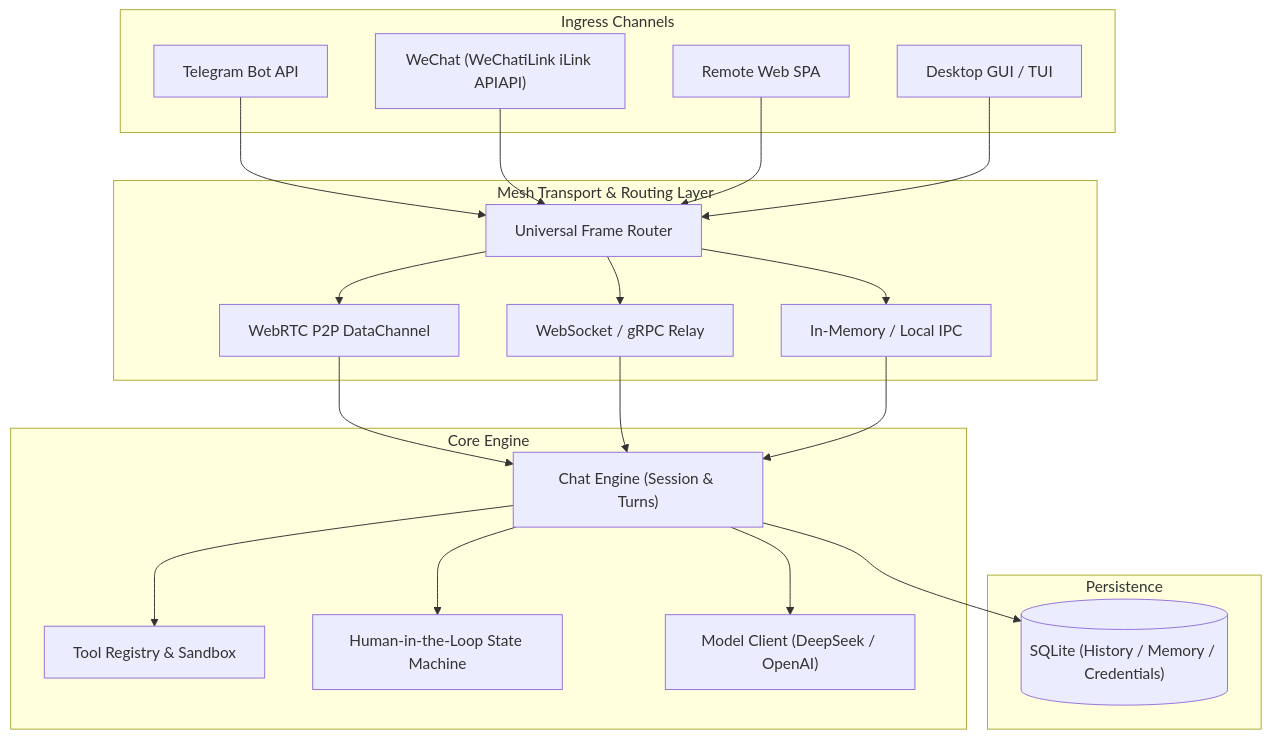
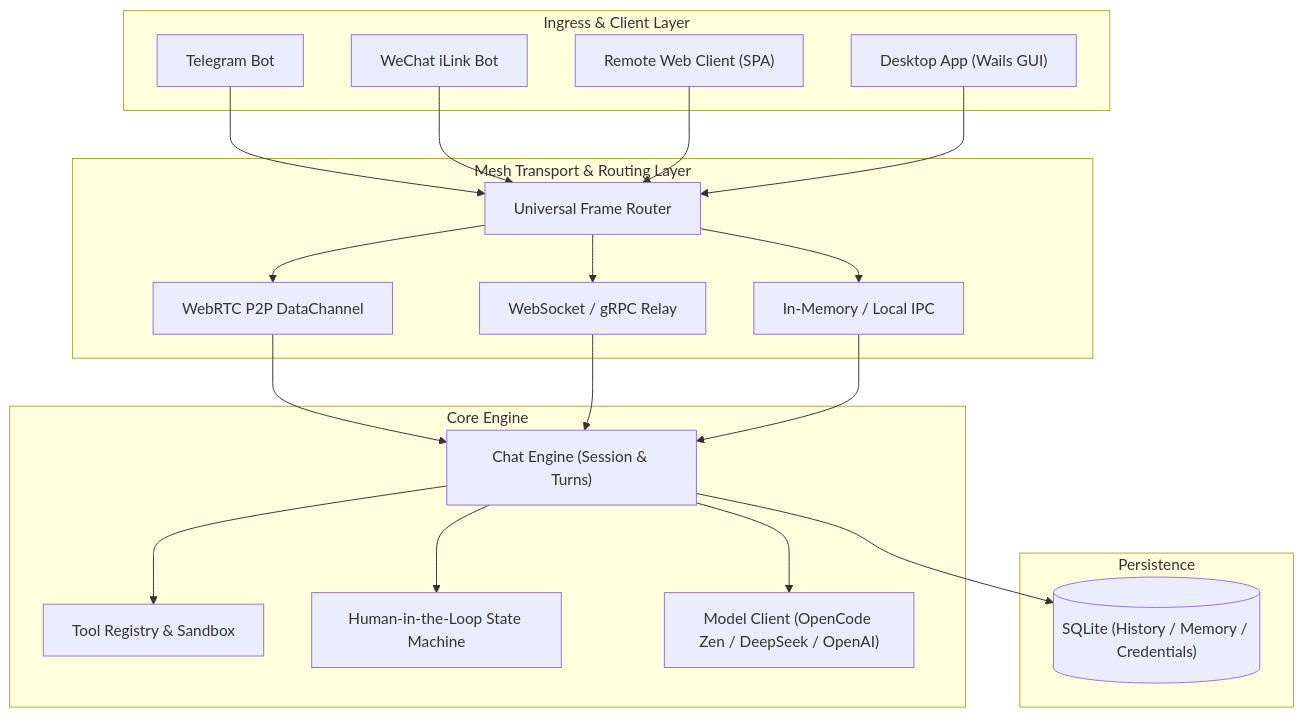
One commit to fdkevin0/mob changed the first of 3 diagrams in docs/product-specification.md. Above: the diagram before and after it, drawn with Mermaid. The commit also changed other lines of this file and 10 other files, not shown here.

Commit message:
feat(chat): add OpenCode Zen defaults with safe credential handling

````diff
--- a/docs/product-specification.md
+++ b/docs/product-specification.md
@@ -58,45 +24,45 @@
 ```mermaid
-flowchart TD
-    subgraph Channels["Ingress Channels"]
-        TG["Telegram Bot API"]
-        WX["WeChat (WeChatiLink iLink APIAPI)"]
-        WebSPA["Remote Web SPA"]
-        DesktopUI["Desktop GUI / TUI"]
+graph TD
+    subgraph Ingress["Ingress & Client Layer"]
+        TG["Telegram Bot"]
+        WX["WeChat iLink Bot"]
+        WebSPA["Remote Web Client (SPA)"]
+        DesktopUI["Desktop App (Wails GUI)"]
     end
 
     subgraph Mesh["Mesh Transport & Routing Layer"]
         Router["Universal Frame Router"]
         P2P["WebRTC P2P DataChannel"]
         Relay["WebSocket / gRPC Relay"]
         IPC["In-Memory / Local IPC"]
     end
 
     subgraph Core["Core Engine"]
         ChatEngine["Chat Engine (Session & Turns)"]
         ToolRegistry["Tool Registry & Sandbox"]
         ApprovalManager["Human-in-the-Loop State Machine"]
-        Provider["Model Client (DeepSeek / OpenAI)"]
+        Provider["Model Client (OpenCode Zen / DeepSeek / OpenAI)"]
     end
 
     subgraph Storage["Persistence"]
         SQLite[("SQLite (History / Memory / Credentials)")]
     end
 
     TG --> Router
     WX --> Router
     WebSPA --> Router
     DesktopUI --> Router
 
     Router --> P2P
     Router --> Relay
     Router --> IPC
 
     P2P --> ChatEngine
     Relay --> ChatEngine
     IPC --> ChatEngine
 
     ChatEngine --> ToolRegistry
     ChatEngine --> ApprovalManager
     ChatEngine --> Provider
     ChatEngine --> SQLite
 ```
````
